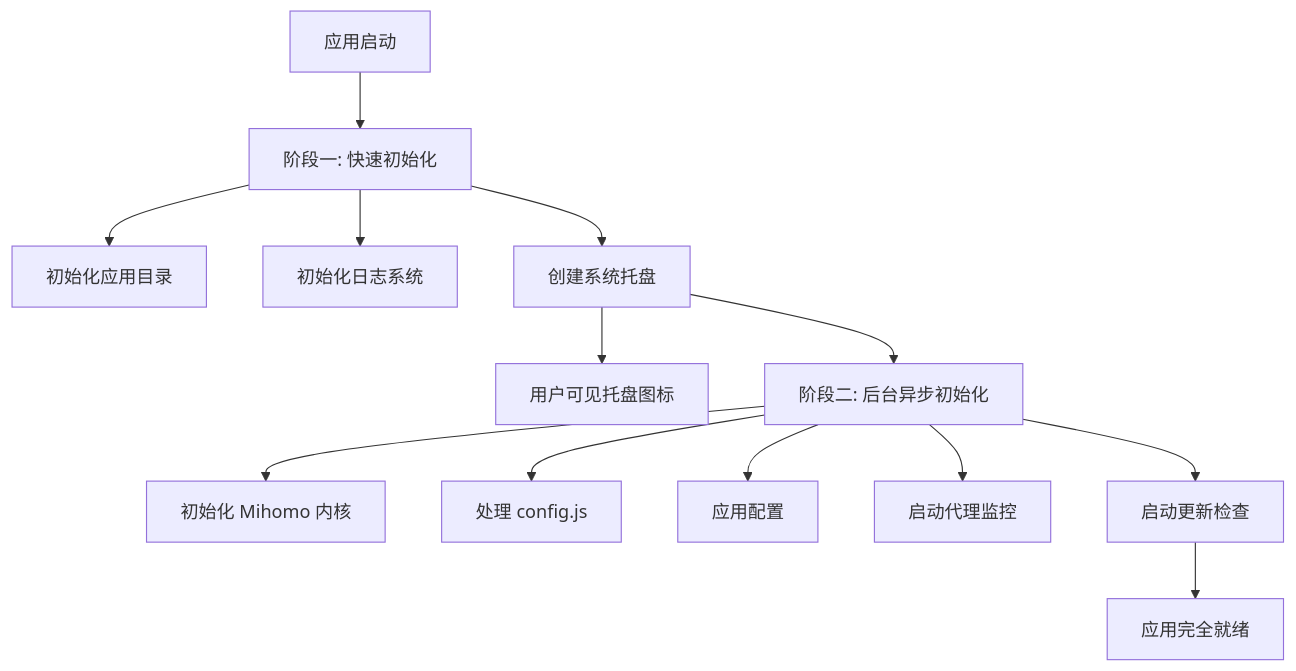
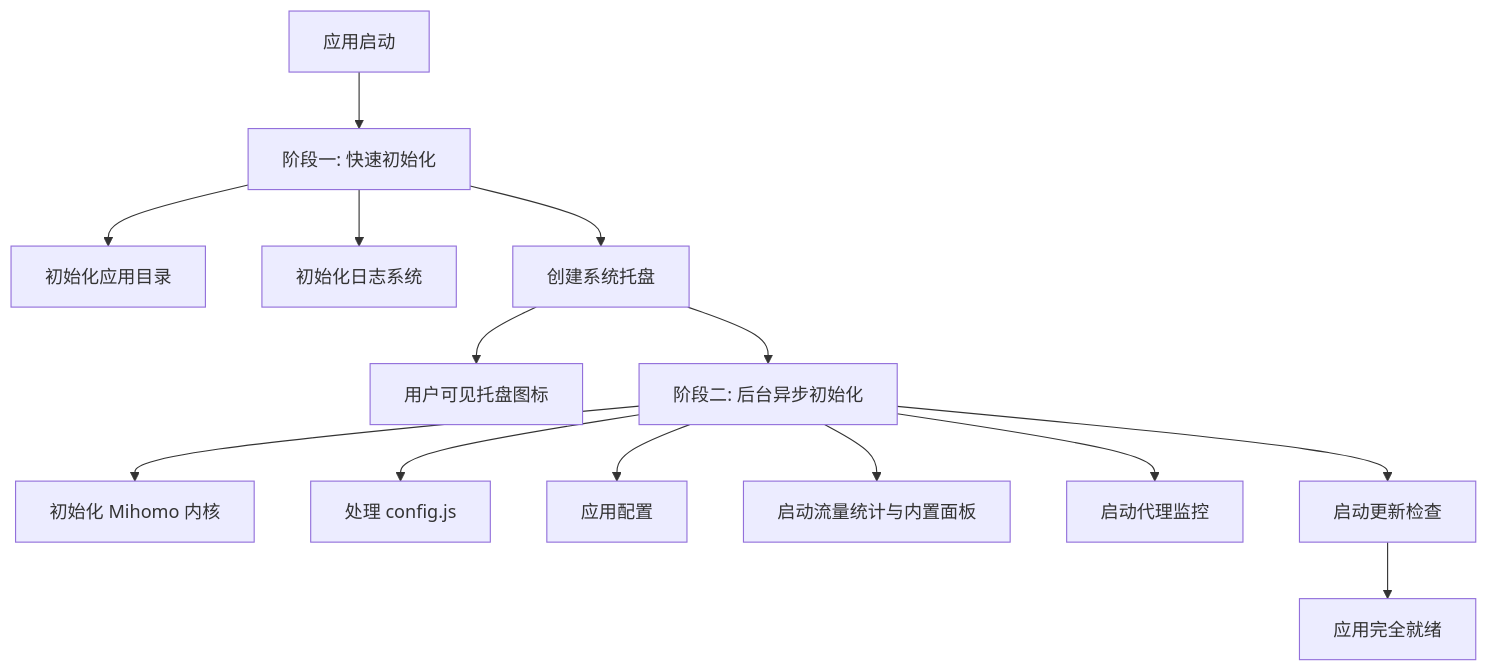
The diagram in README.md (go-burn/mimi), drawn with Mermaid before and after one commit. The commit also changed other lines of this file and 21 other files, not shown here.

````diff
--- a/README.md
+++ b/README.md
@@ -195,16 +212,17 @@
 ```mermaid
 graph TB
     A[应用启动] --> B[阶段一: 快速初始化]
     B --> B1[初始化应用目录]
     B --> B2[初始化日志系统]
     B --> B3[创建系统托盘]
     B3 --> C[用户可见托盘图标]
 
     B3 --> D[阶段二: 后台异步初始化]
     D --> D1[初始化 Mihomo 内核]
     D --> D2[处理 config.js]
     D --> D3[应用配置]
-    D --> D4[启动代理监控]
-    D --> D5[启动更新检查]
-    D5 --> E[应用完全就绪]
+    D --> D4[启动流量统计与内置面板]
+    D --> D5[启动代理监控]
+    D --> D6[启动更新检查]
+    D6 --> E[应用完全就绪]
 ```
````
